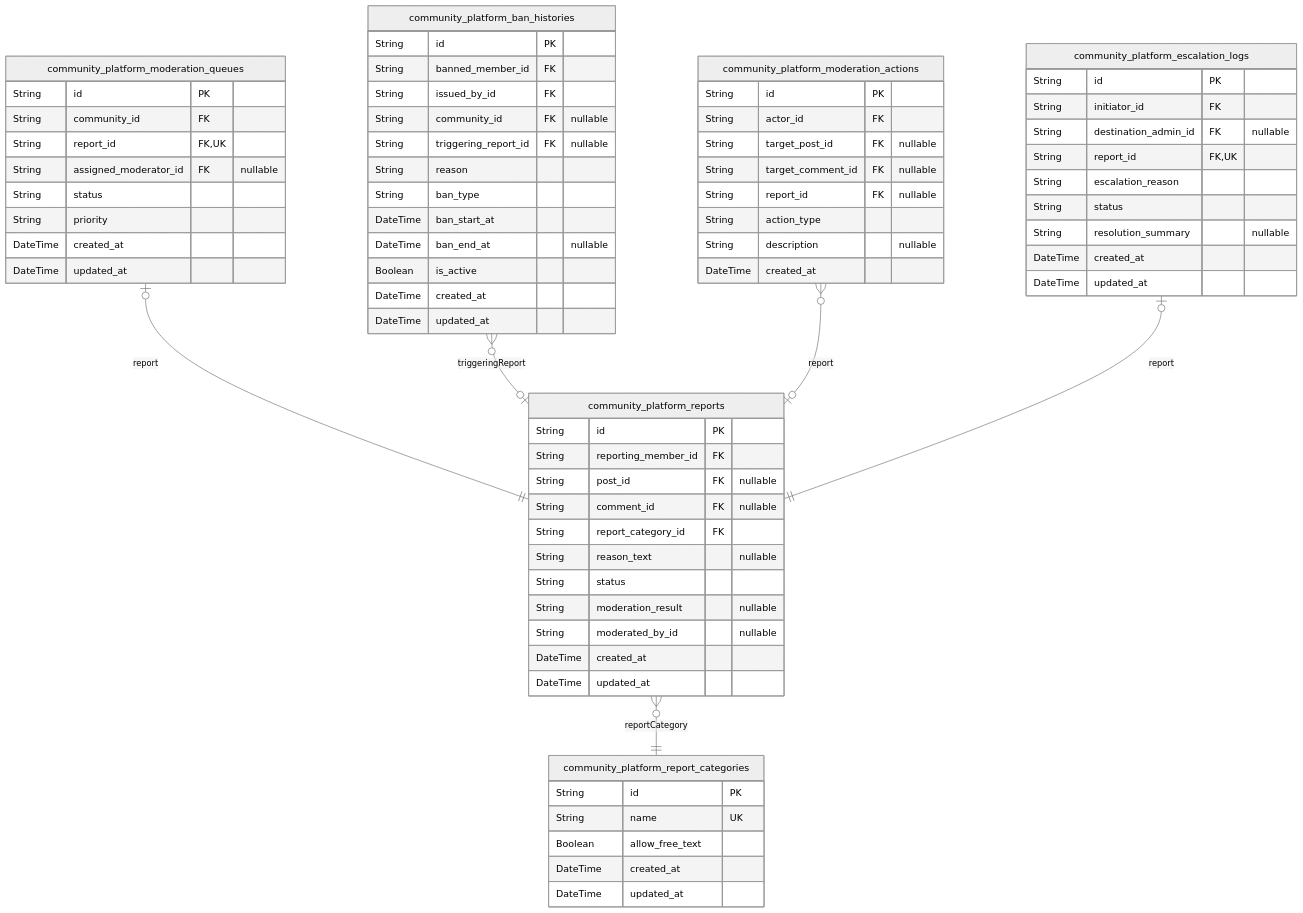
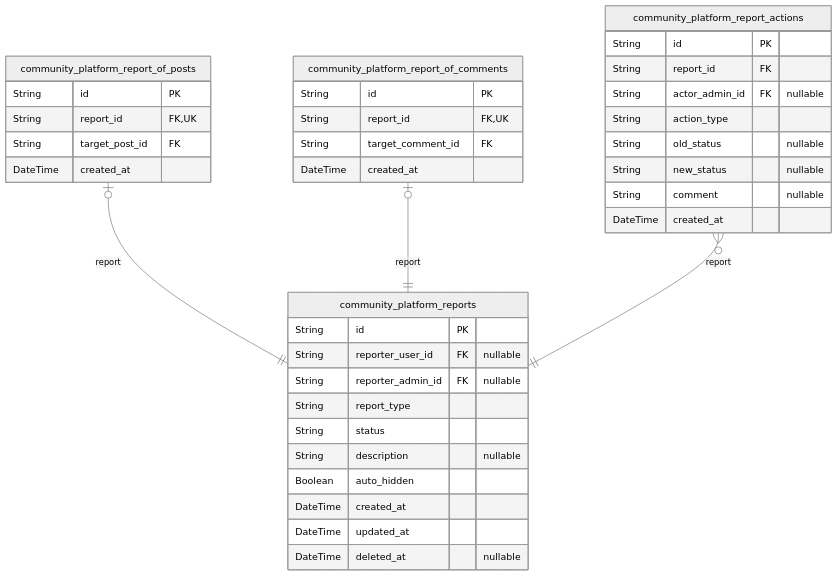
One commit to wrtnlabs/autobe-examples changed the ninth of 10 diagrams in openai/gpt-4.1/reddit/docs/ERD.md. Above: the diagram before and after it, drawn with Mermaid (neutral theme). The commit also changed other lines of this file and 16146 other files, not shown here.

````diff
--- a/openai/gpt-4.1/reddit/docs/ERD.md
+++ b/openai/gpt-4.1/reddit/docs/ERD.md
@@ -1074,73 +1053,40 @@
 ```mermaid
 erDiagram
 "community_platform_reports" {
   String id PK
-  String reporting_member_id FK
-  String post_id FK "nullable"
-  String comment_id FK "nullable"
-  String report_category_id FK
-  String reason_text "nullable"
+  String reporter_user_id FK "nullable"
+  String reporter_admin_id FK "nullable"
+  String report_type
   String status
-  String moderation_result "nullable"
-  String moderated_by_id "nullable"
+  String description "nullable"
+  Boolean auto_hidden
   DateTime created_at
   DateTime updated_at
+  DateTime deleted_at "nullable"
 }
-"community_platform_report_categories" {
+"community_platform_report_of_posts" {
   String id PK
-  String name UK
-  Boolean allow_free_text
-  DateTime created_at
-  DateTime updated_at
-}
-"community_platform_moderation_queues" {
-  String id PK
-  String community_id FK
   String report_id FK,UK
-  String assigned_moderator_id FK "nullable"
-  String status
-  String priority
-  DateTime created_at
-  DateTime updated_at
-}
-"community_platform_ban_histories" {
-  String id PK
-  String banned_member_id FK
-  String issued_by_id FK
-  String community_id FK "nullable"
-  String triggering_report_id FK "nullable"
-  String reason
-  String ban_type
-  DateTime ban_start_at
-  DateTime ban_end_at "nullable"
-  Boolean is_active
-  DateTime created_at
-  DateTime updated_at
-}
-"community_platform_moderation_actions" {
-  String id PK
-  String actor_id FK
-  String target_post_id FK "nullable"
-  String target_comment_id FK "nullable"
-  String report_id FK "nullable"
-  String action_type
-  String description "nullable"
+  String target_post_id FK
   DateTime created_at
 }
-"community_platform_escalation_logs" {
+"community_platform_report_of_comments" {
   String id PK
-  String initiator_id FK
-  String destination_admin_id FK "nullable"
   String report_id FK,UK
-  String escalation_reason
-  String status
-  String resolution_summary "nullable"
+  String target_comment_id FK
   DateTime created_at
-  DateTime updated_at
 }
-"community_platform_reports" }o--|| "community_platform_report_categories" : reportCategory
-"community_platform_moderation_queues" |o--|| "community_platform_reports" : report
-"community_platform_ban_histories" }o--o| "community_platform_reports" : triggeringReport
-"community_platform_moderation_actions" }o--o| "community_platform_reports" : report
-"community_platform_escalation_logs" |o--|| "community_platform_reports" : report
+"community_platform_report_actions" {
+  String id PK
+  String report_id FK
+  String actor_admin_id FK "nullable"
+  String action_type
+  String old_status "nullable"
+  String new_status "nullable"
+  String comment "nullable"
+  DateTime created_at
+}
+"community_platform_report_of_posts" |o--|| "community_platform_reports" : report
+"community_platform_report_of_comments" |o--|| "community_platform_reports" : report
+"community_platform_report_actions" }o--|| "community_platform_reports" : report
 ```
````
